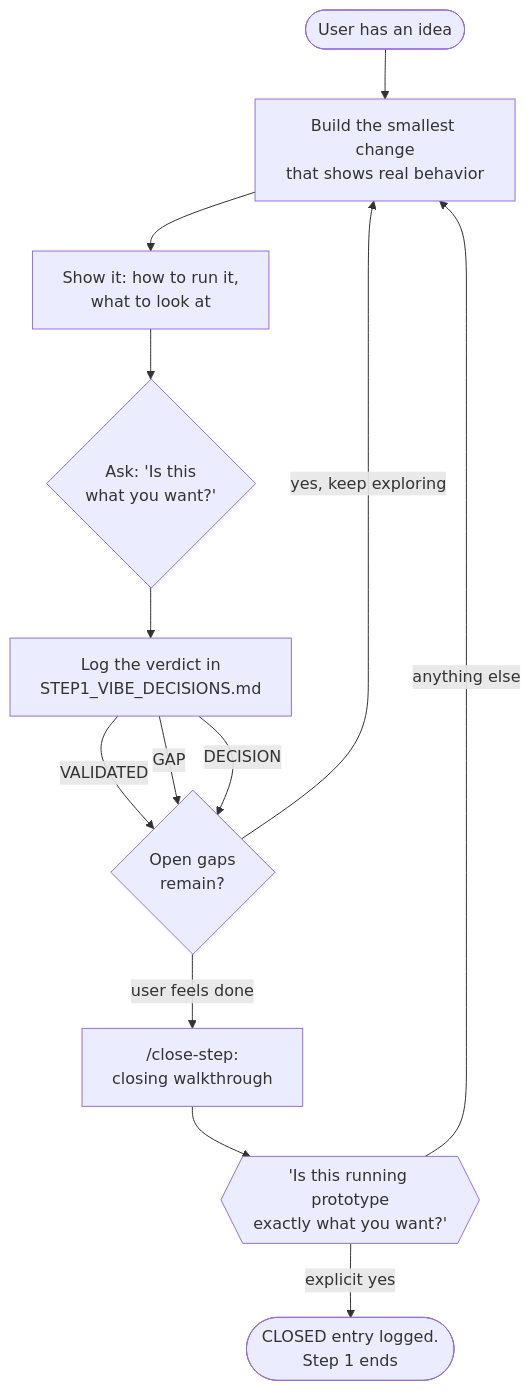
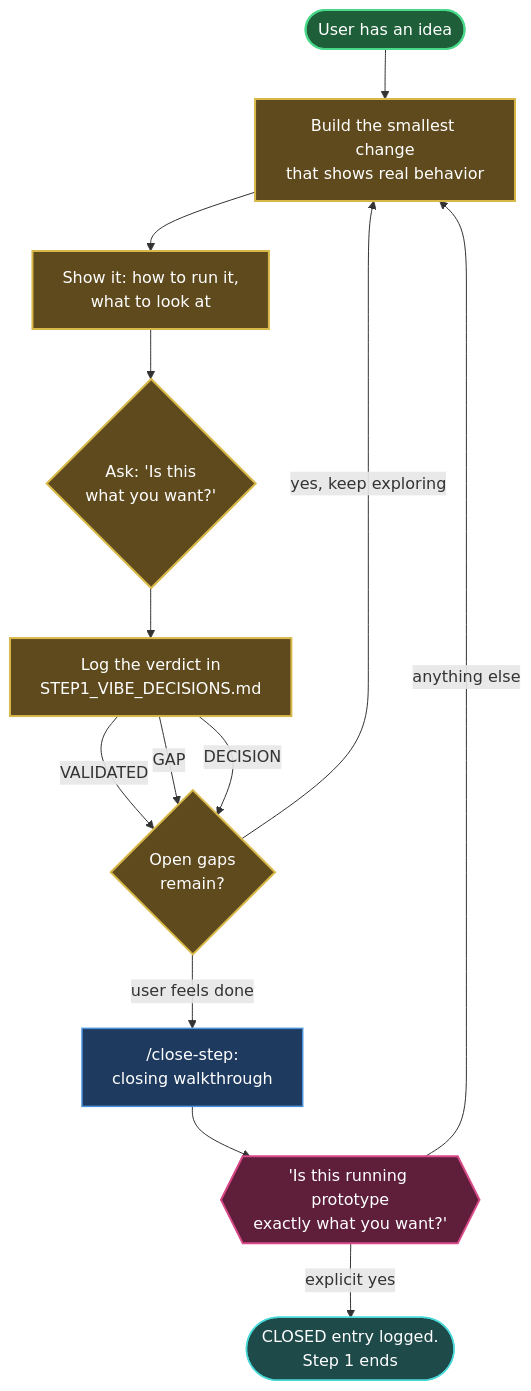
The diagram in steps/step_01_exploration/README.md (jeromeetienne/vibe_to_spec), drawn with Mermaid before and after one commit. The commit also changed other lines of this file and 6 other files, not shown here.

First line of the commit message:
Apply global_workflow.md's diagram color scheme to all repo diagrams, reformat session summary lines as bullet lists

````diff
--- a/steps/step_01_exploration/README.md
+++ b/steps/step_01_exploration/README.md
@@ -40,23 +40,34 @@
 ```mermaid
 flowchart TD
     Start(["User has an idea"]) --> Build["Build the smallest change
 that shows real behavior"]
     Build --> Show["Show it: how to run it,
 what to look at"]
     Show --> Ask{"Ask: 'Is this
 what you want?'"}
     Ask --> Log["Log the verdict in
 STEP1_VIBE_DECISIONS.md"]
     Log -->|"VALIDATED"| Continue{"Open gaps
 remain?"}
     Log -->|"GAP"| Continue
     Log -->|"DECISION"| Continue
     Continue -->|"yes, keep exploring"| Build
     Continue -->|"user feels done"| Close["/close-step:
 closing walkthrough"]
     Close --> Final{{"'Is this running prototype
 exactly what you want?'"}}
     Final -->|"explicit yes"| Closed(["CLOSED entry logged.
 Step 1 ends"])
     Final -->|"anything else"| Build
+
+    classDef loop fill:#5f4a1e,stroke:#d9b84a,stroke-width:2px,color:#fff;
+    classDef cmd fill:#1e3a5f,stroke:#4a90d9,stroke-width:1.5px,color:#fff;
+    classDef gate fill:#5f1e3a,stroke:#d94a8a,stroke-width:2px,color:#fff;
+    classDef rec fill:#1e4a4a,stroke:#4ad9d9,stroke-width:1.5px,color:#fff;
+    classDef done fill:#1e5f3a,stroke:#4ad98a,stroke-width:2px,color:#fff;
+    class Start done;
+    class Build,Show,Ask,Log,Continue loop;
+    class Close cmd;
+    class Final gate;
+    class Closed rec;
 ```
````
